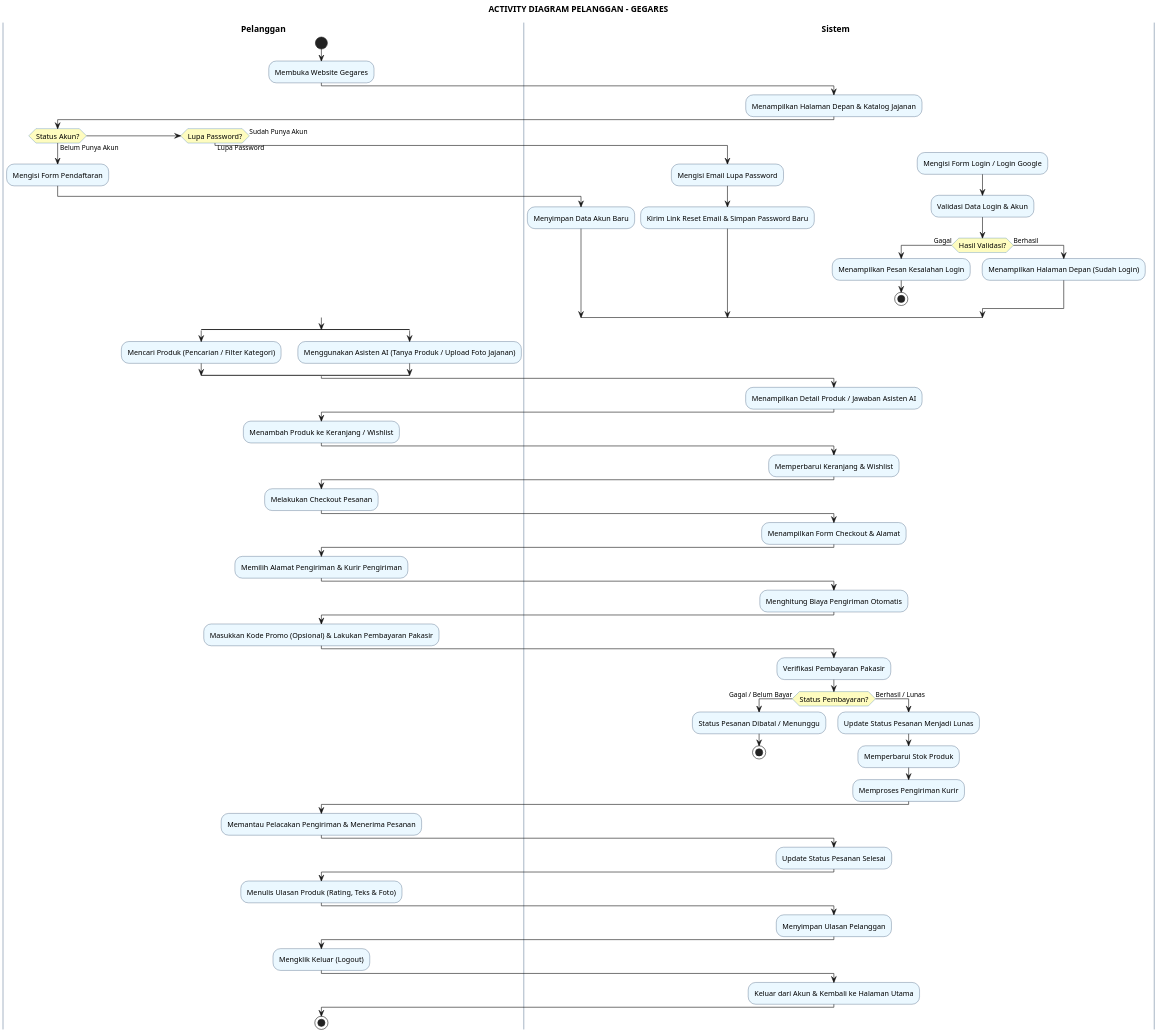
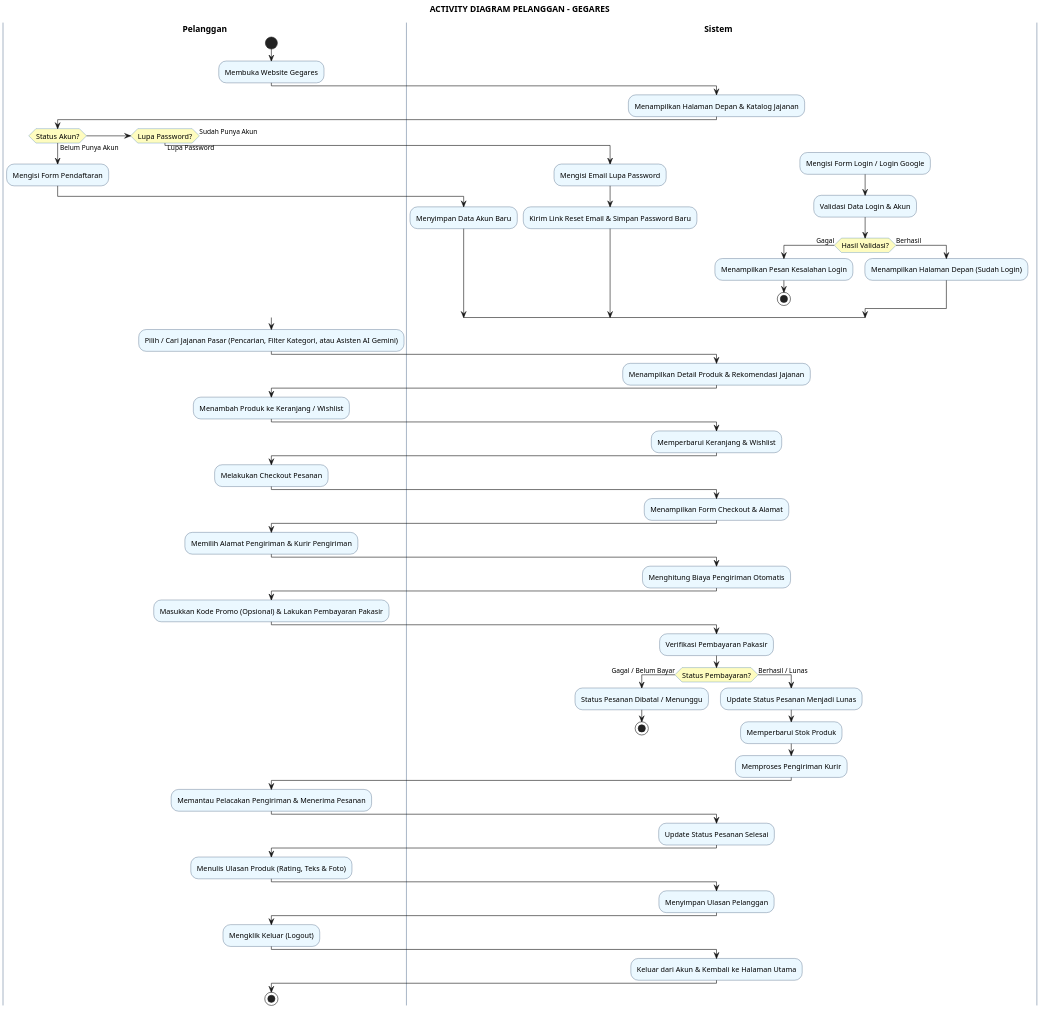
Before and after one commit to greedykid/gegares_toko: the diagram in activity_diagram_pelanggan.puml, drawn with PlantUML. The commit also changed 11 other files, not shown here.

Commit message:
fix(diagram): fix disconnected lines with continuous linear flow and clean swimlane connections

```diff
--- a/activity_diagram_pelanggan.puml
+++ b/activity_diagram_pelanggan.puml
@@ -1,106 +1,102 @@
 @startuml
 skinparam dpi 180
 skinparam defaultFontName "SansSerif"
 skinparam ActivityFontSize 12
 skinparam ActivityBorderColor #1A365D
 skinparam ActivityBackgroundColor #EBF8FF
 skinparam ActivityDiamondBorderColor #2B6CB0
 skinparam ActivityDiamondBackgroundColor #FEFCBF
 skinparam SwimlaneTitleFontSize 14
 skinparam SwimlaneTitleFontStyle bold
 skinparam SwimlaneBorderColor #A0AEC0
 skinparam SwimlaneWidth 280
 
 title **ACTIVITY DIAGRAM PELANGGAN - GEGARES**
 
 |Pelanggan|
 start
 :Membuka Website Gegares;
 
 |Sistem|
 :Menampilkan Halaman Depan & Katalog Jajanan;
 
 |Pelanggan|
 if (Status Akun?) then (Belum Punya Akun)
   :Mengisi Form Pendaftaran;
   |Sistem|
   :Menyimpan Data Akun Baru;
 else if (Lupa Password?) then (Lupa Password)
   :Mengisi Email Lupa Password;
   |Sistem|
   :Kirim Link Reset Email & Simpan Password Baru;
 else (Sudah Punya Akun)
   :Mengisi Form Login / Login Google;
   |Sistem|
   :Validasi Data Login & Akun;
   if (Hasil Validasi?) then (Gagal)
     :Menampilkan Pesan Kesalahan Login;
     stop
   else (Berhasil)
     :Menampilkan Halaman Depan (Sudah Login);
   endif
 endif
 
 |Pelanggan|
-split
-  :Mencari Produk (Pencarian / Filter Kategori);
-split again
-  :Menggunakan Asisten AI (Tanya Produk / Upload Foto Jajanan);
-end split
+:Pilih / Cari Jajanan Pasar (Pencarian, Filter Kategori, atau Asisten AI Gemini);
 
 |Sistem|
-:Menampilkan Detail Produk / Jawaban Asisten AI;
+:Menampilkan Detail Produk & Rekomendasi Jajanan;
 
 |Pelanggan|
 :Menambah Produk ke Keranjang / Wishlist;
 
 |Sistem|
 :Memperbarui Keranjang & Wishlist;
 
 |Pelanggan|
 :Melakukan Checkout Pesanan;
 
 |Sistem|
 :Menampilkan Form Checkout & Alamat;
 
 |Pelanggan|
 :Memilih Alamat Pengiriman & Kurir Pengiriman;
 
 |Sistem|
 :Menghitung Biaya Pengiriman Otomatis;
 
 |Pelanggan|
 :Masukkan Kode Promo (Opsional) & Lakukan Pembayaran Pakasir;
 
 |Sistem|
 :Verifikasi Pembayaran Pakasir;
 if (Status Pembayaran?) then (Gagal / Belum Bayar)
   :Status Pesanan Dibatal / Menunggu;
   stop
 else (Berhasil / Lunas)
   :Update Status Pesanan Menjadi Lunas;
   :Memperbarui Stok Produk;
   :Memproses Pengiriman Kurir;
 endif
 
 |Pelanggan|
 :Memantau Pelacakan Pengiriman & Menerima Pesanan;
 
 |Sistem|
 :Update Status Pesanan Selesai;
 
 |Pelanggan|
 :Menulis Ulasan Produk (Rating, Teks & Foto);
 
 |Sistem|
 :Menyimpan Ulasan Pelanggan;
 
 |Pelanggan|
 :Mengklik Keluar (Logout);
 
 |Sistem|
 :Keluar dari Akun & Kembali ke Halaman Utama;
 
 |Pelanggan|
 stop
 @enduml
```
